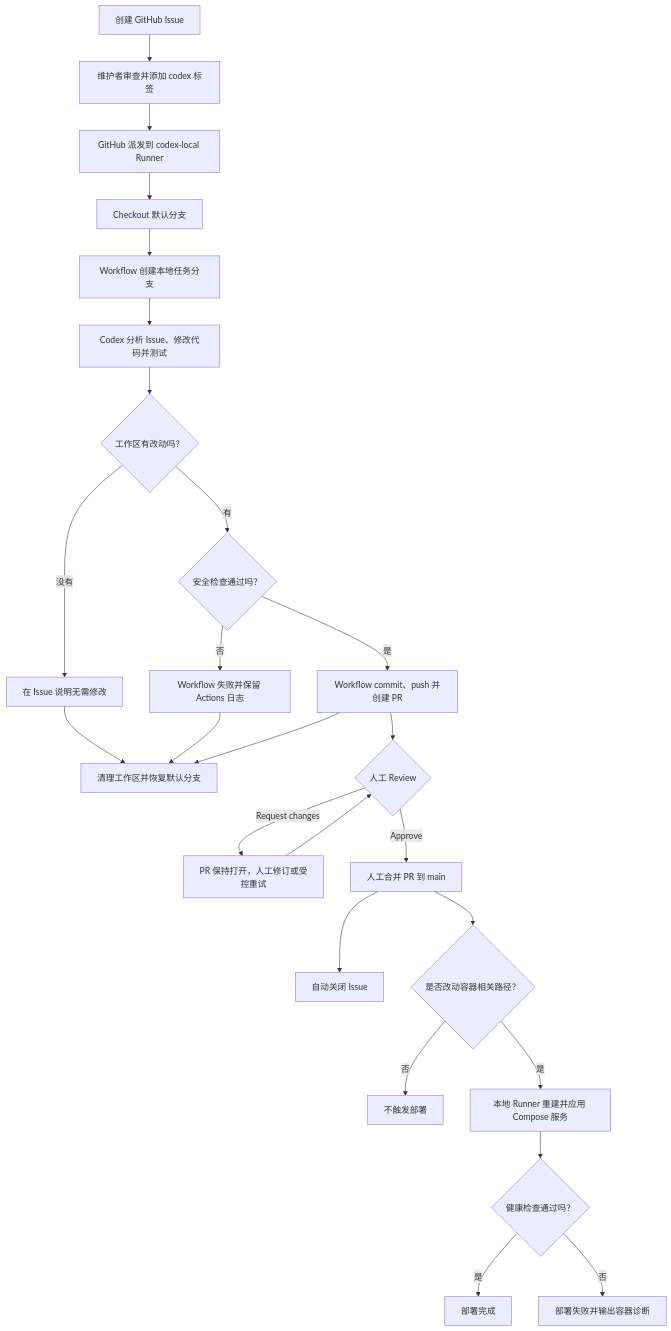
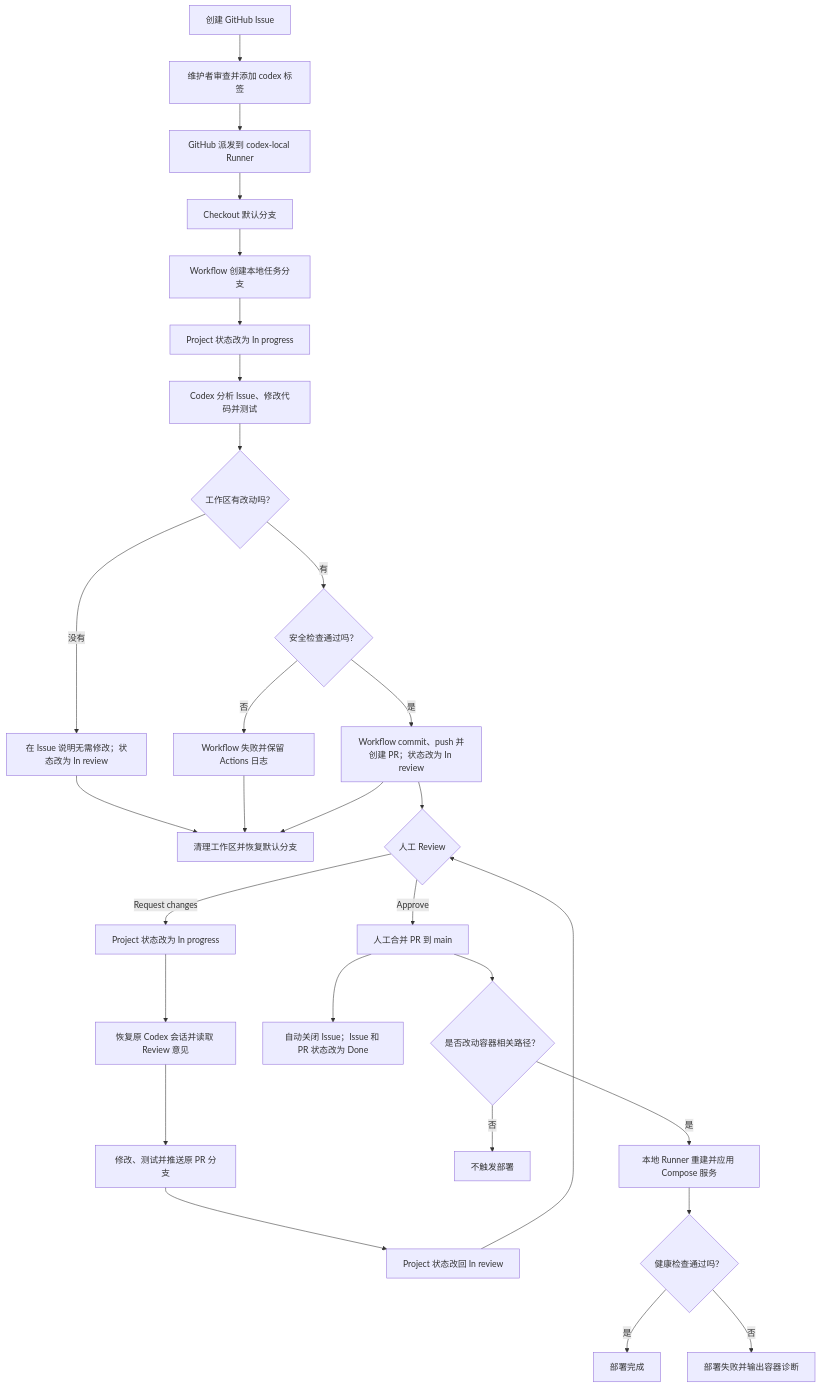
Before and after one commit to riku-studio/EREX: the first of 2 diagrams in docs/ops/github-issue-codex.md, drawn with Mermaid. The commit also changed other lines of this file and 5 other files, not shown here.

Commit message:
feat: resume codex after review changes

````diff
--- a/docs/ops/github-issue-codex.md
+++ b/docs/ops/github-issue-codex.md
@@ -48,27 +75,31 @@
 ```mermaid
 flowchart TD
     A["创建 GitHub Issue"] --> B["维护者审查并添加 codex 标签"]
     B --> C["GitHub 派发到 codex-local Runner"]
     C --> D["Checkout 默认分支"]
     D --> E["Workflow 创建本地任务分支"]
-    E --> F["Codex 分析 Issue、修改代码并测试"]
+    E --> B1["Project 状态改为 In progress"]
+    B1 --> F["Codex 分析 Issue、修改代码并测试"]
     F --> G{"工作区有改动吗？"}
-    G -- "没有" --> H["在 Issue 说明无需修改"]
+    G -- "没有" --> H["在 Issue 说明无需修改；状态改为 In review"]
     H --> I["清理工作区并恢复默认分支"]
     G -- "有" --> J{"安全检查通过吗？"}
     J -- "否" --> K["Workflow 失败并保留 Actions 日志"]
     K --> I
-    J -- "是" --> L["Workflow commit、push 并创建 PR"]
+    J -- "是" --> L["Workflow commit、push 并创建 PR；状态改为 In review"]
     L --> M{"人工 Review"}
-    M -- "Request changes" --> N["PR 保持打开，人工修订或受控重试"]
-    N --> M
+    M -- "Request changes" --> N["Project 状态改为 In progress"]
+    N --> W["恢复原 Codex 会话并读取 Review 意见"]
+    W --> X["修改、测试并推送原 PR 分支"]
+    X --> Y["Project 状态改回 In review"]
+    Y --> M
     M -- "Approve" --> O["人工合并 PR 到 main"]
-    O --> P["自动关闭 Issue"]
+    O --> P["自动关闭 Issue；Issue 和 PR 状态改为 Done"]
     O --> Q{"是否改动容器相关路径？"}
     Q -- "否" --> R["不触发部署"]
     Q -- "是" --> S["本地 Runner 重建并应用 Compose 服务"]
     S --> T{"健康检查通过吗？"}
     T -- "是" --> U["部署完成"]
     T -- "否" --> V["部署失败并输出容器诊断"]
     L --> I
 ```
````
